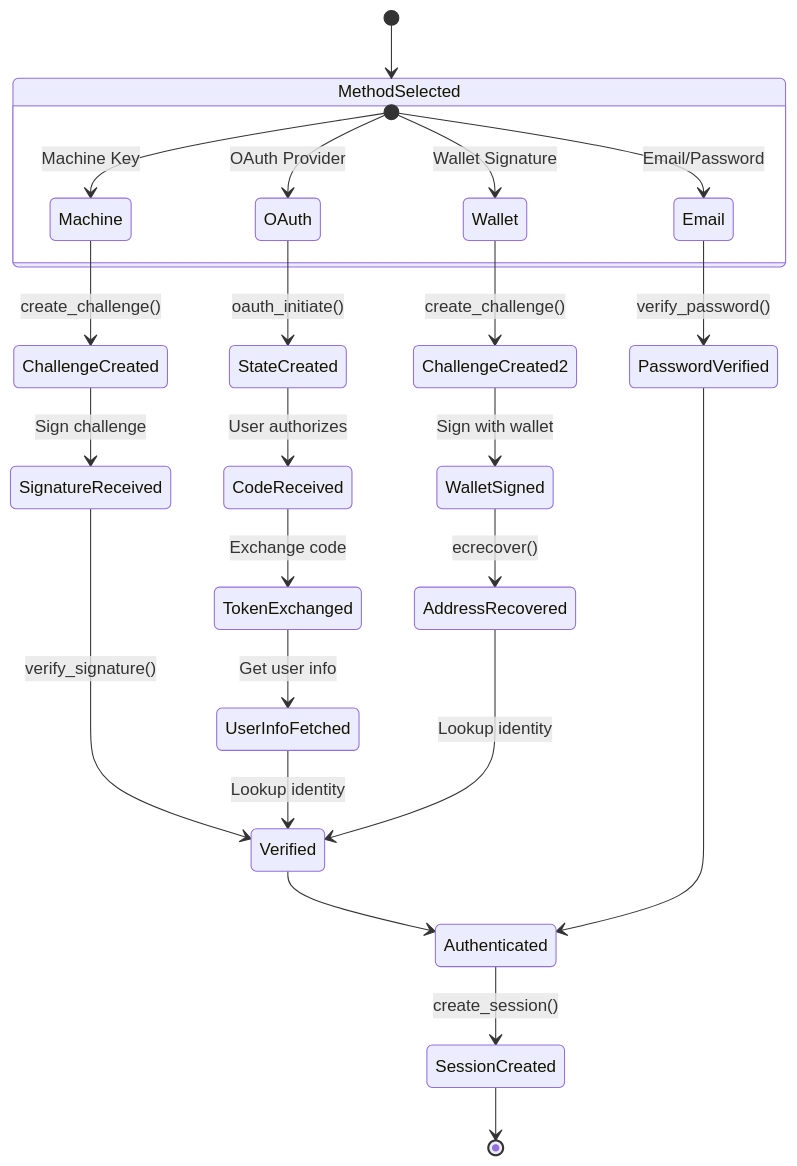
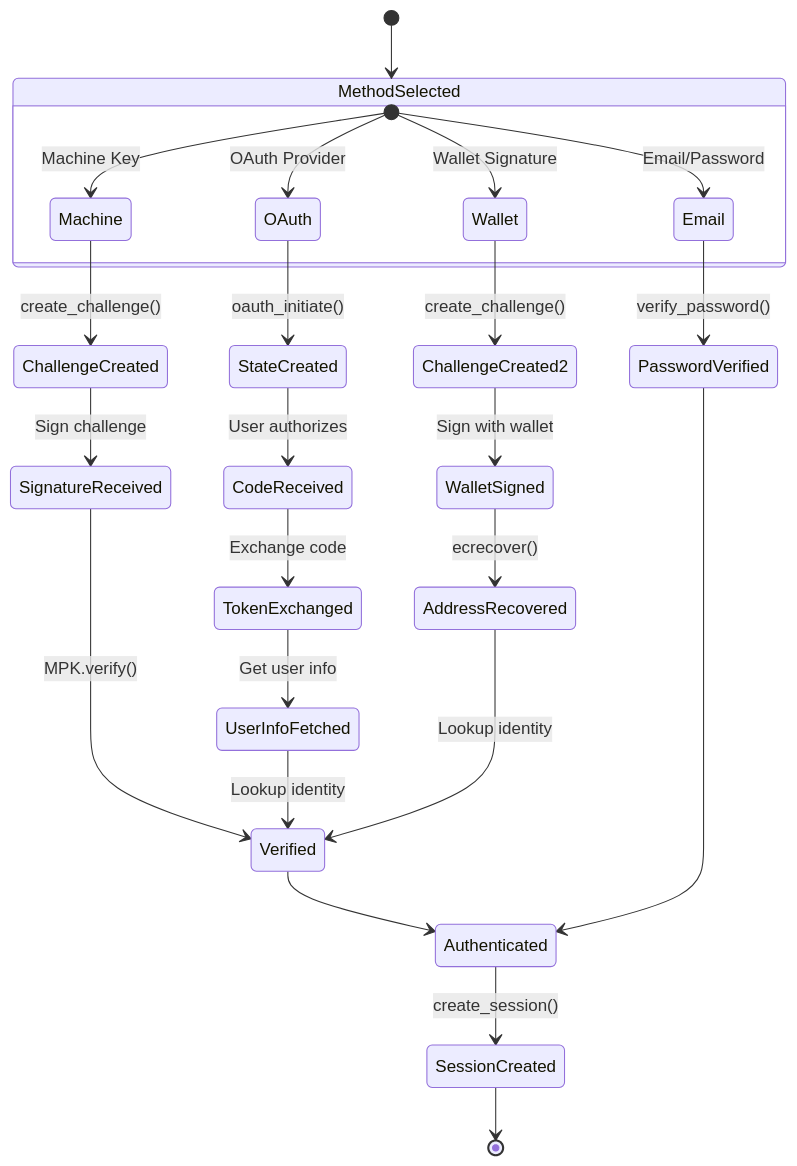
The second of 7 diagrams in docs/spec/v0.1.1/07-methods.md (cypher-asi/zero-auth), drawn with Mermaid before and after one commit. The commit also changed 13 other files, not shown here.

````diff
--- a/docs/spec/v0.1.1/07-methods.md
+++ b/docs/spec/v0.1.1/07-methods.md
@@ -410,34 +410,34 @@
 ```mermaid
 stateDiagram-v2
     [*] --> MethodSelected
     
     state MethodSelected {
         [*] --> Machine: Machine Key
         [*] --> Email: Email/Password
         [*] --> OAuth: OAuth Provider
         [*] --> Wallet: Wallet Signature
     }
     
     Machine --> ChallengeCreated: create_challenge()
     ChallengeCreated --> SignatureReceived: Sign challenge
-    SignatureReceived --> Verified: verify_signature()
+    SignatureReceived --> Verified: MPK.verify()
     
     Email --> PasswordVerified: verify_password()
     
     OAuth --> StateCreated: oauth_initiate()
     StateCreated --> CodeReceived: User authorizes
     CodeReceived --> TokenExchanged: Exchange code
     TokenExchanged --> UserInfoFetched: Get user info
     UserInfoFetched --> Verified: Lookup identity
     
     Wallet --> ChallengeCreated2: create_challenge()
     ChallengeCreated2 --> WalletSigned: Sign with wallet
     WalletSigned --> AddressRecovered: ecrecover()
     AddressRecovered --> Verified: Lookup identity
     
     Verified --> Authenticated
     PasswordVerified --> Authenticated
     
     Authenticated --> SessionCreated: create_session()
     SessionCreated --> [*]
 ```
````
